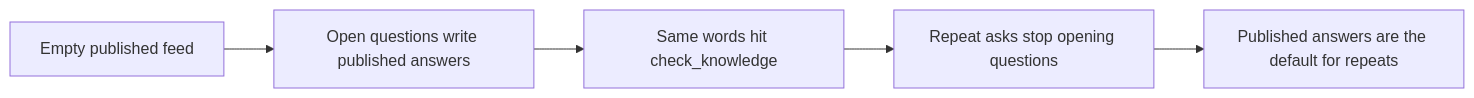
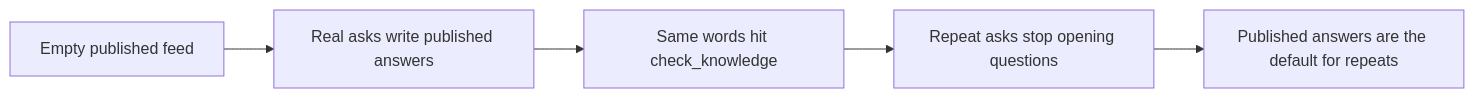
The second of 2 diagrams in WHITEPAPER.md (Thingscorp/pgeon-llm), drawn with Mermaid before and after one commit. The commit also changed other lines of this file, not shown here.

````diff
--- a/WHITEPAPER.md
+++ b/WHITEPAPER.md
@@ -124,7 +142,7 @@
 ```mermaid
 flowchart LR
-  Z[Empty published feed] --> Q[Open questions write published answers]
+  Z[Empty published feed] --> Q[Real asks write published answers]
   Q --> K[Same words hit check_knowledge]
   K --> F[Repeat asks stop opening questions]
   F --> D[Published answers are the default for repeats]
 ```
````
